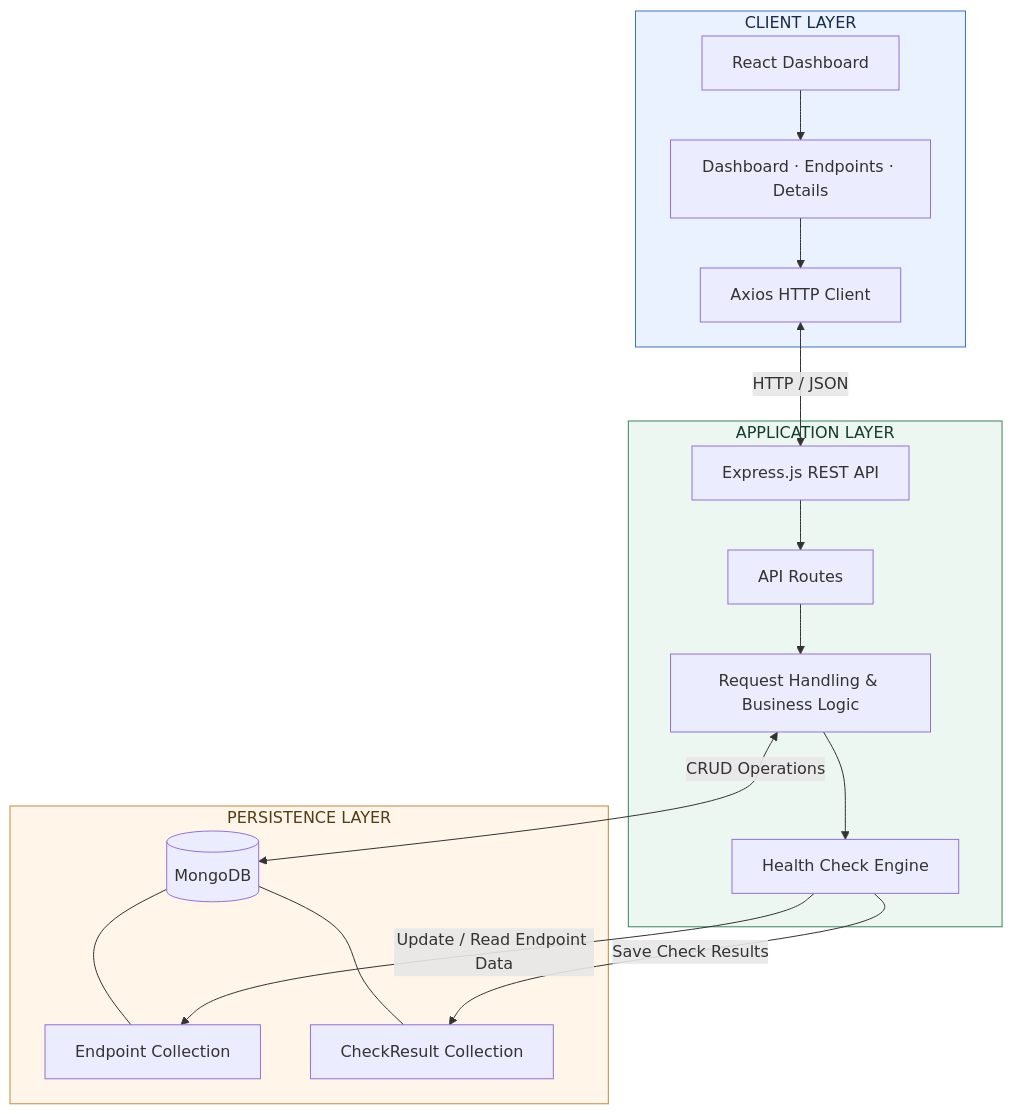
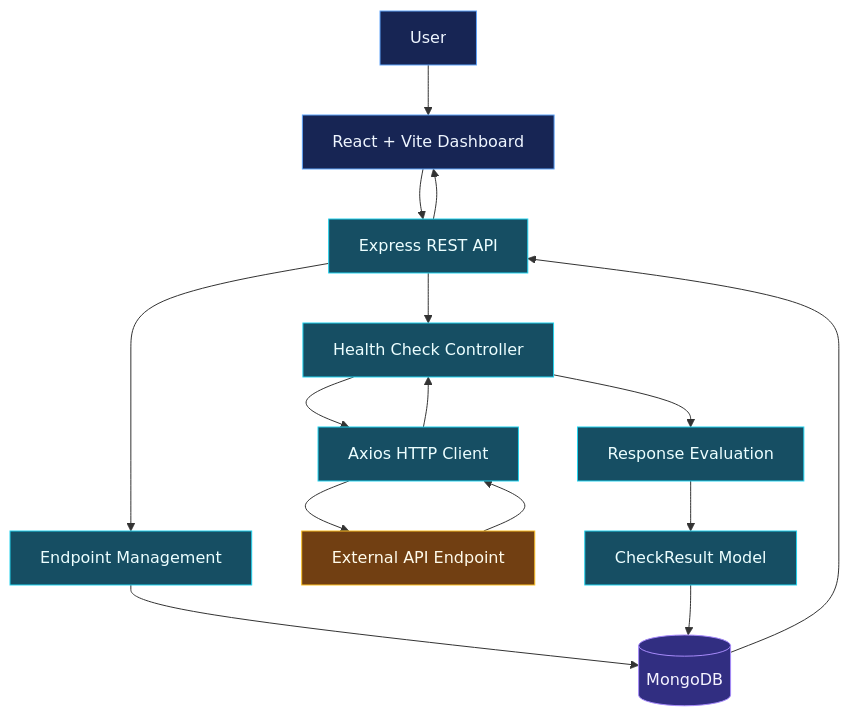
Before and after one commit to Sarthaktanpure/Api-Sentinel: the second of 4 diagrams in README.md, drawn with Mermaid. The commit also changed other lines of this file, not shown here.

````diff
--- a/README.md
+++ b/README.md
@@ -45,37 +98,32 @@
 ```mermaid
 flowchart TB
-    subgraph CLIENT["CLIENT LAYER"]
-        UI["React Dashboard"]
-        PAGES["Dashboard · Endpoints · Details"]
-        AXIOS["Axios HTTP Client"]
-        UI --> PAGES
-        PAGES --> AXIOS
-    end
+    U["User"] --> UI["React + Vite Dashboard"]
+    UI --> API["Express REST API"]
 
-    subgraph SERVER["APPLICATION LAYER"]
-        API["Express.js REST API"]
-        ROUTES["API Routes"]
-        CONTROLLERS["Request Handling & Business Logic"]
-        CHECKER["Health Check Engine"]
-        API --> ROUTES
-        ROUTES --> CONTROLLERS
-        CONTROLLERS --> CHECKER
-    end
+    API --> EC["Endpoint Management"]
+    EC --> DB[("MongoDB")]
 
-    subgraph DATA["PERSISTENCE LAYER"]
-        MONGO[("MongoDB")]
-        ENDPOINTS["Endpoint Collection"]
-        RESULTS["CheckResult Collection"]
-        MONGO --- ENDPOINTS
-        MONGO --- RESULTS
-    end
+    API --> HC["Health Check Controller"]
+    HC --> AX["Axios HTTP Client"]
+    AX --> EXT["External API Endpoint"]
 
-    AXIOS <-->|"HTTP / JSON"| API
-    CONTROLLERS <-->|"CRUD Operations"| MONGO
-    CHECKER -->|"Save Check Results"| RESULTS
-    CHECKER -->|"Update / Read Endpoint Data"| ENDPOINTS
+    EXT --> AX
+    AX --> HC
 
-    style CLIENT fill:#eaf2ff,stroke:#3975c6,color:#172b4d
-    style SERVER fill:#edf7f1,stroke:#39845b,color:#173c2a
-    style DATA fill:#fff5e8,stroke:#c28a3c,color:#553b18
+    HC --> EVAL["Response Evaluation"]
+    EVAL --> CR["CheckResult Model"]
+    CR --> DB
+
+    DB --> API
+    API --> UI
+
+    classDef client fill:#172554,stroke:#60A5FA,color:#EFF6FF
+    classDef service fill:#164E63,stroke:#22D3EE,color:#ECFEFF
+    classDef store fill:#312E81,stroke:#A78BFA,color:#F5F3FF
+    classDef external fill:#713F12,stroke:#FBBF24,color:#FFFBEB
+
+    class U,UI client
+    class API,EC,HC,AX,EVAL,CR service
+    class DB store
+    class EXT external
 ```
````
